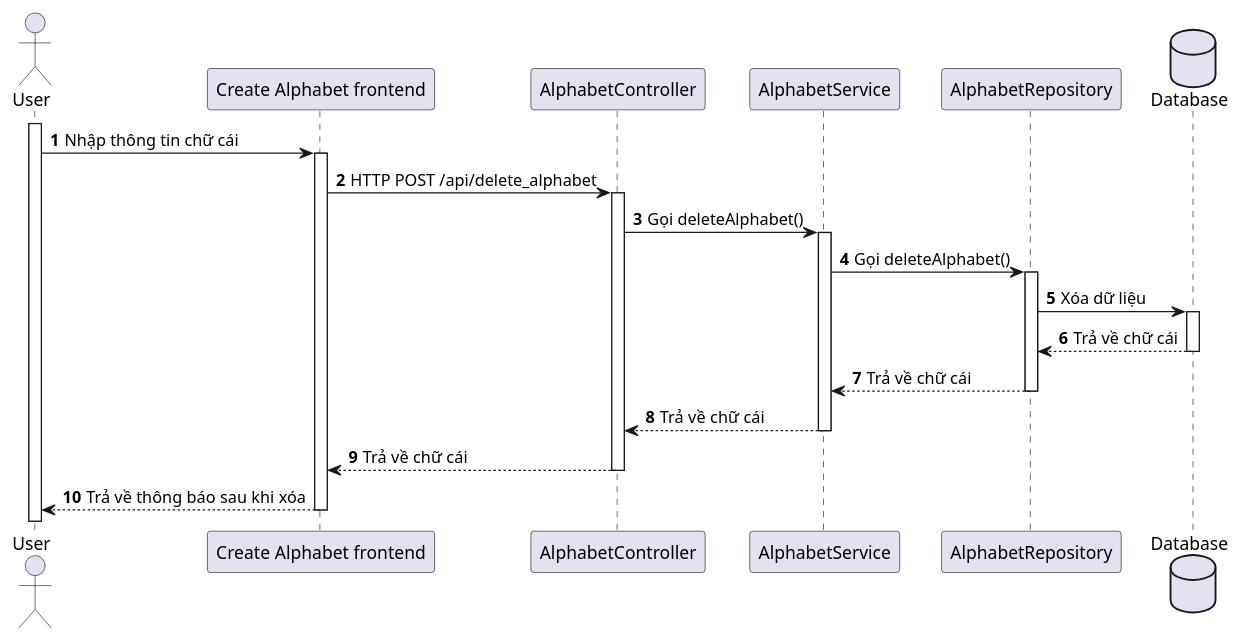
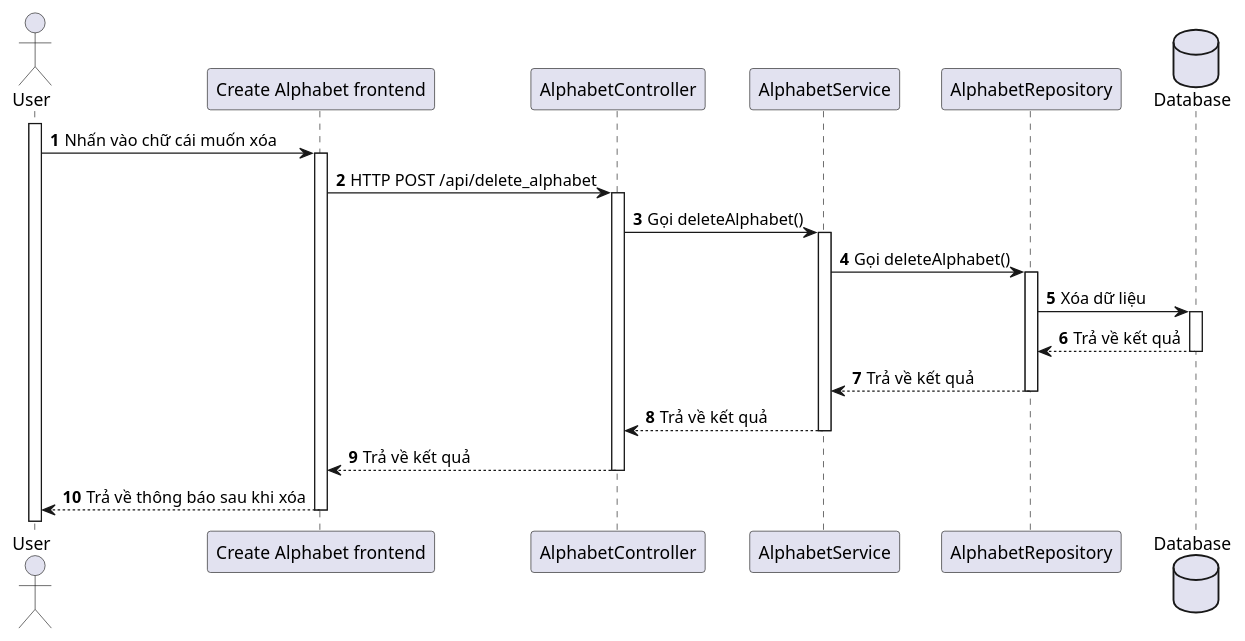
Before and after one commit to Annthe160639/japanese-app: the diagram in japanese-app/plant_uml/Alphabet/[Sequence] Delete_Update.puml, drawn with PlantUML. The commit also changed 3 other files, not shown here.

```diff
--- a/japanese-app/plant_uml/Alphabet/[Sequence] Delete_Update.puml
+++ b/japanese-app/plant_uml/Alphabet/[Sequence] Delete_Update.puml
@@ -1,31 +1,31 @@
 @startuml
 'https://plantuml.com/sequence-diagram
 
 autonumber
 
 actor User
 
 participant "Create Alphabet frontend" as fe
 participant "AlphabetController" as Controller
 participant "AlphabetService" as Service
 participant "AlphabetRepository" as Repository
 
 database Database
 activate User
 
-User -> fe++: Nhập thông tin chữ cái
+User -> fe++: Nhấn vào chữ cái muốn xóa
 
 fe -> Controller++: HTTP POST /api/delete_alphabet
 Controller -> Service++: Gọi deleteAlphabet()
 Service -> Repository++: Gọi deleteAlphabet()
 Repository -> Database++: Xóa dữ liệu
 
-Database --> Repository--: Trả về chữ cái
-Repository --> Service--: Trả về chữ cái
-Service --> Controller--: Trả về chữ cái
-Controller --> fe--: Trả về chữ cái
+Database --> Repository--: Trả về kết quả
+Repository --> Service--: Trả về kết quả
+Service --> Controller--: Trả về kết quả
+Controller --> fe--: Trả về kết quả
 fe --> User--: Trả về thông báo sau khi xóa
 
 
 
 @enduml
```
